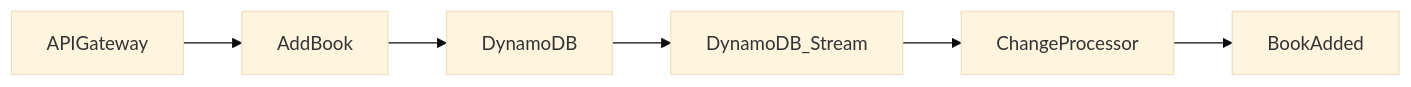
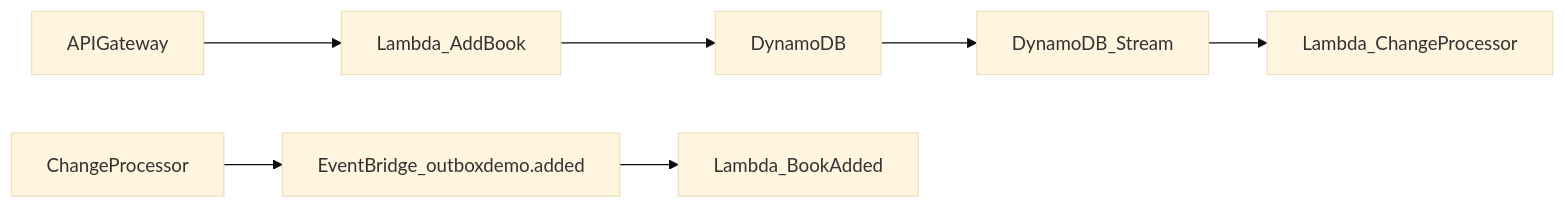
One commit to mikaelvesavuori/aws-serverless-outbox-demo changed the diagram in README.md. Above: the diagram before and after it, drawn with Mermaid (base theme). The commit also changed other lines of this file, not shown here.

````diff
--- a/README.md
+++ b/README.md
@@ -13,8 +13,9 @@
 ```mermaid
 graph LR;
-    APIGateway-->AddBook;
-    AddBook-->DynamoDB;
+    APIGateway-->Lambda_AddBook;
+    Lambda_AddBook-->DynamoDB;
     DynamoDB-->DynamoDB_Stream;
-    DynamoDB_Stream-->ChangeProcessor;
-    ChangeProcessor-->BookAdded;
+    DynamoDB_Stream-->Lambda_ChangeProcessor;
+    ChangeProcessor-->EventBridge_outboxdemo.added;
+    EventBridge_outboxdemo.added-->Lambda_BookAdded;
 ```
````
